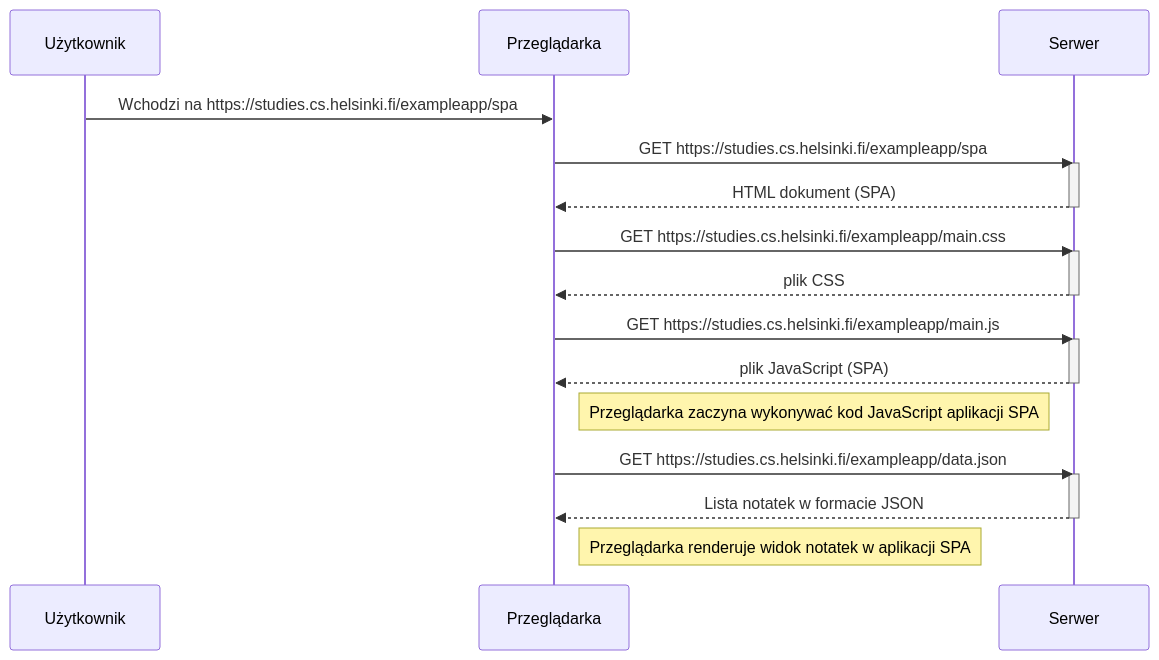
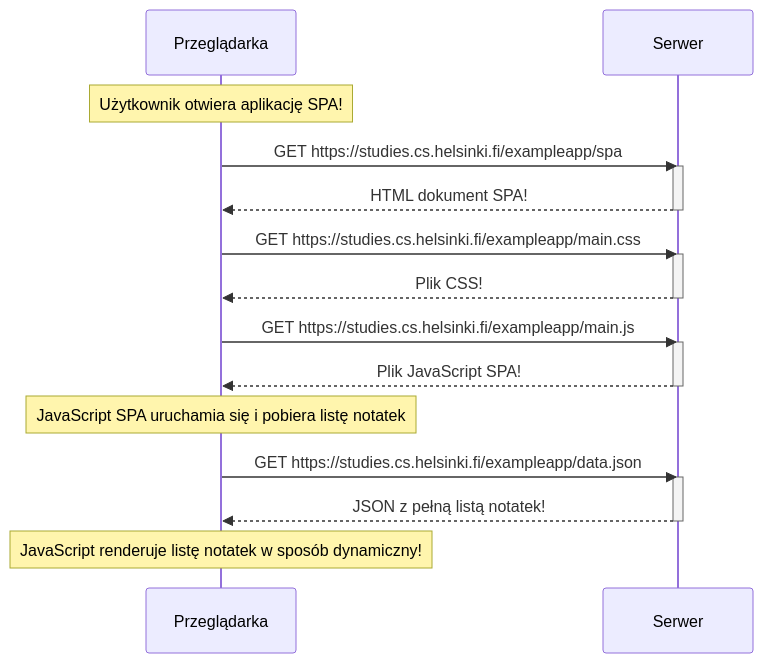
The diagram in Diagram0.5.mmd (Pjioterr/Taustyka), drawn with Mermaid before and after one commit.

```diff
--- a/Diagram0.5.mmd
+++ b/Diagram0.5.mmd
@@ -1,29 +1,27 @@
 sequenceDiagram
-    participant User as Użytkownik
-    participant Browser as Przeglądarka
-    participant Server as Serwer
+    participant browser as Przeglądarka
+    participant server as Serwer
 
-    User->>Browser: Wchodzi na https://studies.cs.helsinki.fi/exampleapp/spa
-    Browser->>Server: GET https://studies.cs.helsinki.fi/exampleapp/spa
-    activate Server
-    Server-->>Browser: HTML dokument (SPA)
-    deactivate Server
+    Note over browser: Użytkownik otwiera aplikację SPA!
+    browser->>server: GET https://studies.cs.helsinki.fi/exampleapp/spa
+    activate server
+    server-->>browser: HTML dokument SPA!
+    deactivate server
 
-    Browser->>Server: GET https://studies.cs.helsinki.fi/exampleapp/main.css
-    activate Server
-    Server-->>Browser: plik CSS
-    deactivate Server
+    browser->>server: GET https://studies.cs.helsinki.fi/exampleapp/main.css
+    activate server
+    server-->>browser: Plik CSS!
+    deactivate server
 
-    Browser->>Server: GET https://studies.cs.helsinki.fi/exampleapp/main.js
-    activate Server
-    Server-->>Browser: plik JavaScript (SPA)
-    deactivate Server
+    browser->>server: GET https://studies.cs.helsinki.fi/exampleapp/main.js
+    activate server
+    server-->>browser: Plik JavaScript SPA!
+    deactivate server
 
-    Note right of Browser: Przeglądarka zaczyna wykonywać kod JavaScript aplikacji SPA
+    Note over browser: JavaScript SPA uruchamia się i pobiera listę notatek
+    browser->>server: GET https://studies.cs.helsinki.fi/exampleapp/data.json
+    activate server
+    server-->>browser: JSON z pełną listą notatek!
+    deactivate server
 
-    Browser->>Server: GET https://studies.cs.helsinki.fi/exampleapp/data.json
-    activate Server
-    Server-->>Browser: Lista notatek w formacie JSON
-    deactivate Server
-
-    Note right of Browser: Przeglądarka renderuje widok notatek w aplikacji SPA
+    Note over browser: JavaScript renderuje listę notatek w sposób dynamiczny!
```
